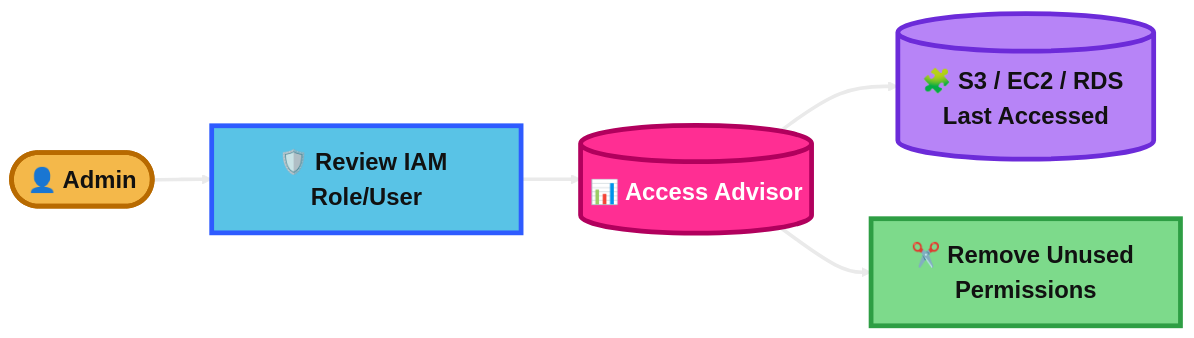
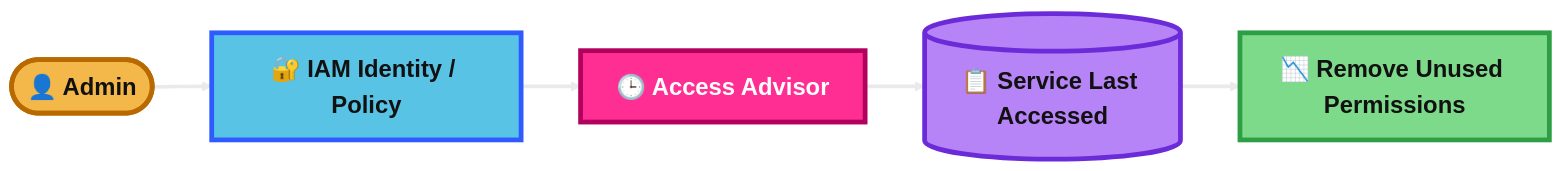
Before and after one commit to hsabit01/aws-saa-study-material: the fourth of 4 diagrams in notes/1.IAM.md, drawn with Mermaid. The commit also changed other lines of this file and 2 other files, not shown here.

````diff
--- a/notes/1.IAM.md
+++ b/notes/1.IAM.md
@@ -212,23 +190,23 @@
 ```mermaid
 %%{init: {'theme':'base','themeVariables': {
   'background':'#0B0F19',
   'primaryTextColor':'#111111',
   'secondaryTextColor':'#111111',
   'tertiaryTextColor':'#111111',
   'lineColor':'#EAEAEA',
   'fontSize':'20px'
 }}}%%
 flowchart LR
-    U([👤 Admin]):::user --> A[🛡️ Review IAM Role/User]:::app
-    A --> S[(📊 Access Advisor)]:::core
-    S --> D[(🧩 S3 / EC2 / RDS Last Accessed)]:::data
-    S --> V[✂️ Remove Unused Permissions]:::dash
+    A([👤 Admin]):::user --> I[🔐 IAM Identity / Policy]:::app
+    I --> X[🕒 Access Advisor]:::core
+    X --> D[(📋 Service Last Accessed)]:::data
+    D --> O[📉 Remove Unused Permissions]:::dash
 
     classDef user fill:#F4B84A,stroke:#B86A00,stroke-width:4px,color:#111111,font-weight:bold;
     classDef app fill:#59C3E6,stroke:#2E5BFF,stroke-width:4px,color:#111111,font-weight:bold;
     classDef data fill:#B784F7,stroke:#6C2BD9,stroke-width:4px,color:#111111,font-weight:bold;
     classDef core fill:#FF2E93,stroke:#B1005D,stroke-width:4px,color:#FFFFFF,font-weight:bold;
     classDef dash fill:#7DDA8B,stroke:#2E9E44,stroke-width:4px,color:#111111,font-weight:bold;
 
     linkStyle 0,1,2,3 stroke:#EAEAEA,stroke-width:3px;
 ```
````
